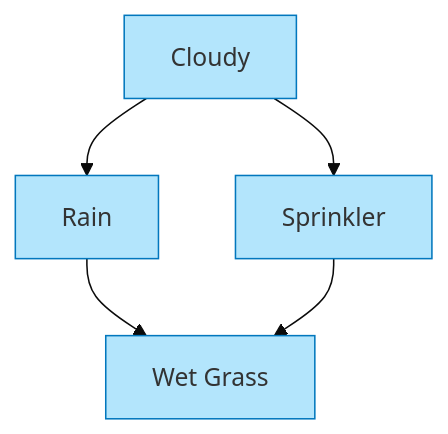
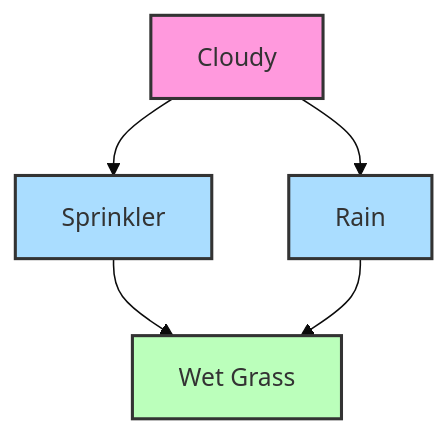
One commit to Chaklader/part-of-speech-tagging changed the fourth of 6 diagrams in C_1.md. Above: the diagram before and after it, drawn with Mermaid (base theme). The commit also changed other lines of this file and 5 other files, not shown here.

````diff
--- a/C_1.md
+++ b/C_1.md
@@ -307,10 +303,12 @@
 ```mermaid
 graph TD
-    C[Cloudy] --> R[Rain]
-    C --> S[Sprinkler]
-    R --> W[Wet Grass]
-    S --> W
+    A[Cloudy] --> B[Sprinkler]
+    A --> C[Rain]
+    B --> D[Wet Grass]
+    C --> D
 
-    classDef variable fill:#B3E5FC,stroke:#0277BD,stroke-width:1px;
-    class C,R,S,W variable;
+    style A fill:#f9d,stroke:#333,stroke-width:2px
+    style B fill:#adf,stroke:#333,stroke-width:2px
+    style C fill:#adf,stroke:#333,stroke-width:2px
+    style D fill:#bfb,stroke:#333,stroke-width:2px
 ```
````
